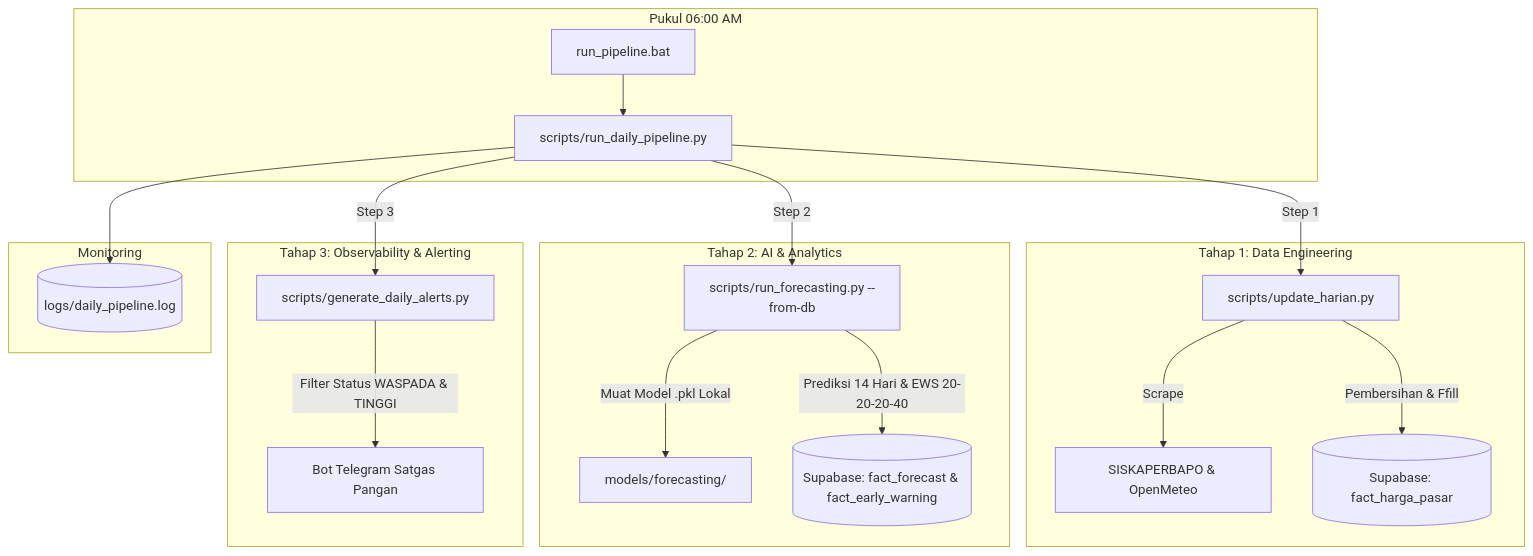
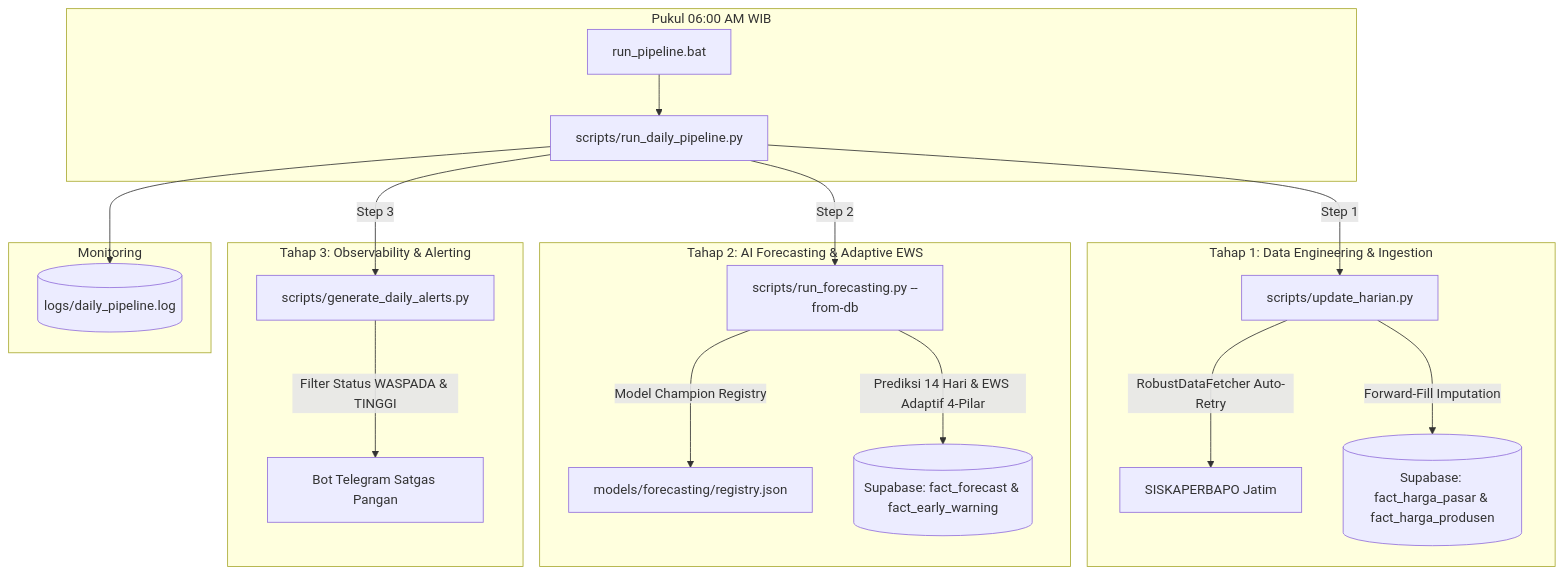
Before and after one commit to Arfiadi/hargawatch-surabaya: the diagram in docs/panduan_operasional.md, drawn with Mermaid. The commit also changed other lines of this file, not shown here.

Commit message:
docs: update operational runbook with adaptive EWS and 38-commodity parallel pipeline

````diff
--- a/docs/panduan_operasional.md
+++ b/docs/panduan_operasional.md
@@ -12,27 +12,27 @@
 ```mermaid
 flowchart TD
-    subgraph Eksekusi Pagi [Pukul 06:00 AM]
+    subgraph Eksekusi Pagi [Pukul 06:00 AM WIB]
         Bat[run_pipeline.bat] --> PyMaster[scripts/run_daily_pipeline.py]
     end
 
-    subgraph Tahap 1: Data Engineering
+    subgraph Tahap 1: Data Engineering & Ingestion
         PyMaster -->|Step 1| S1[scripts/update_harian.py]
-        S1 -->|Scrape| Web[SISKAPERBAPO & OpenMeteo]
-        S1 -->|Pembersihan & Ffill| Silver[(Supabase: fact_harga_pasar)]
+        S1 -->|RobustDataFetcher Auto-Retry| Web[SISKAPERBAPO Jatim]
+        S1 -->|Forward-Fill Imputation| Silver[(Supabase: fact_harga_pasar & fact_harga_produsen)]
     end
 
-    subgraph Tahap 2: AI & Analytics
+    subgraph Tahap 2: AI Forecasting & Adaptive EWS
         PyMaster -->|Step 2| S2["scripts/run_forecasting.py --from-db"]
-        S2 -->|Muat Model .pkl Lokal| ModelDir[models/forecasting/]
-        S2 -->|Prediksi 14 Hari & EWS 20-20-20-40| Gold[(Supabase: fact_forecast & fact_early_warning)]
+        S2 -->|Model Champion Registry| ModelDir[models/forecasting/registry.json]
+        S2 -->|Prediksi 14 Hari & EWS Adaptif 4-Pilar| Gold[(Supabase: fact_forecast & fact_early_warning)]
     end
 
     subgraph Tahap 3: Observability & Alerting
         PyMaster -->|Step 3| S3[scripts/generate_daily_alerts.py]
         S3 -->|Filter Status WASPADA & TINGGI| Telegram[Bot Telegram Satgas Pangan]
     end
 
     subgraph Monitoring
         PyMaster --> LogFile[(logs/daily_pipeline.log)]
     end
 ```
````
